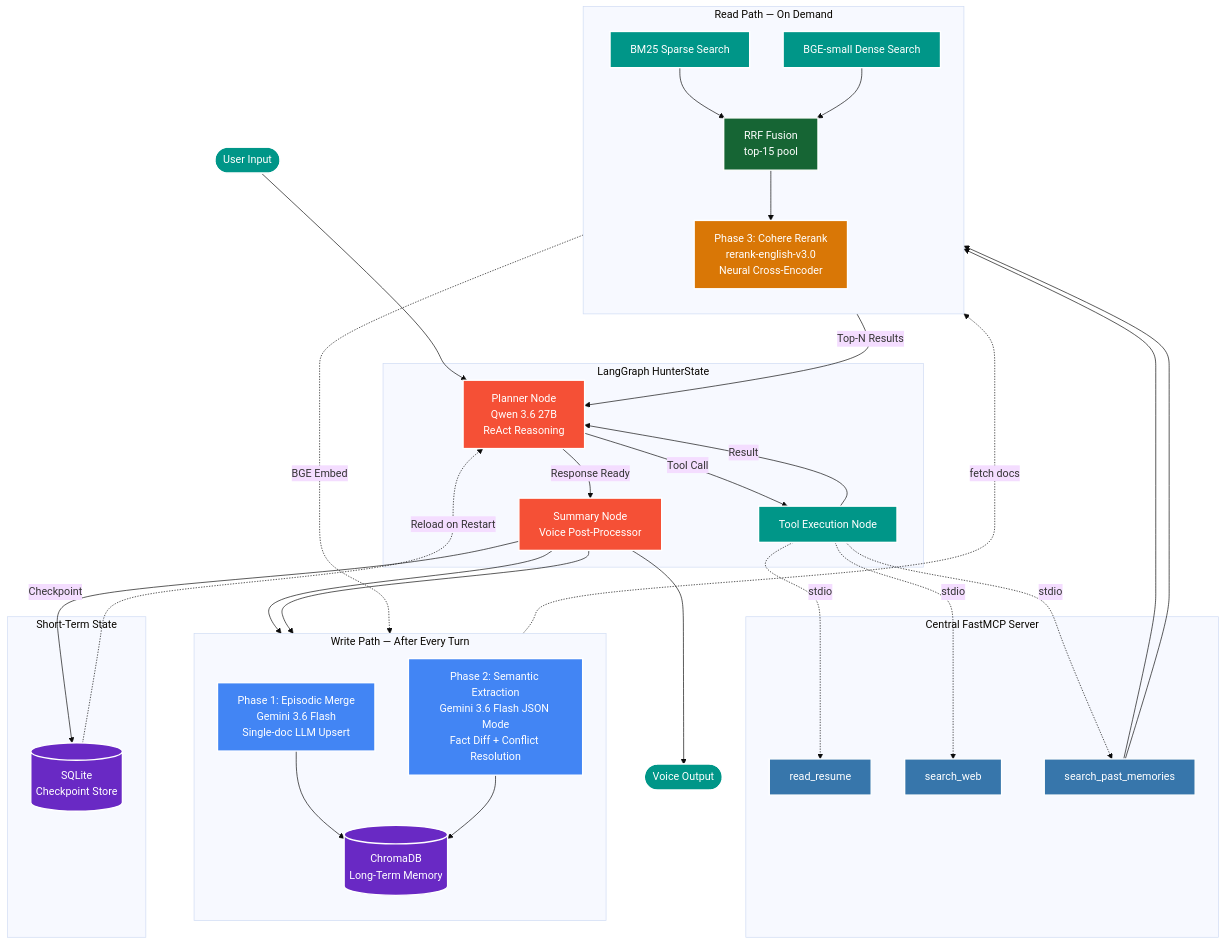
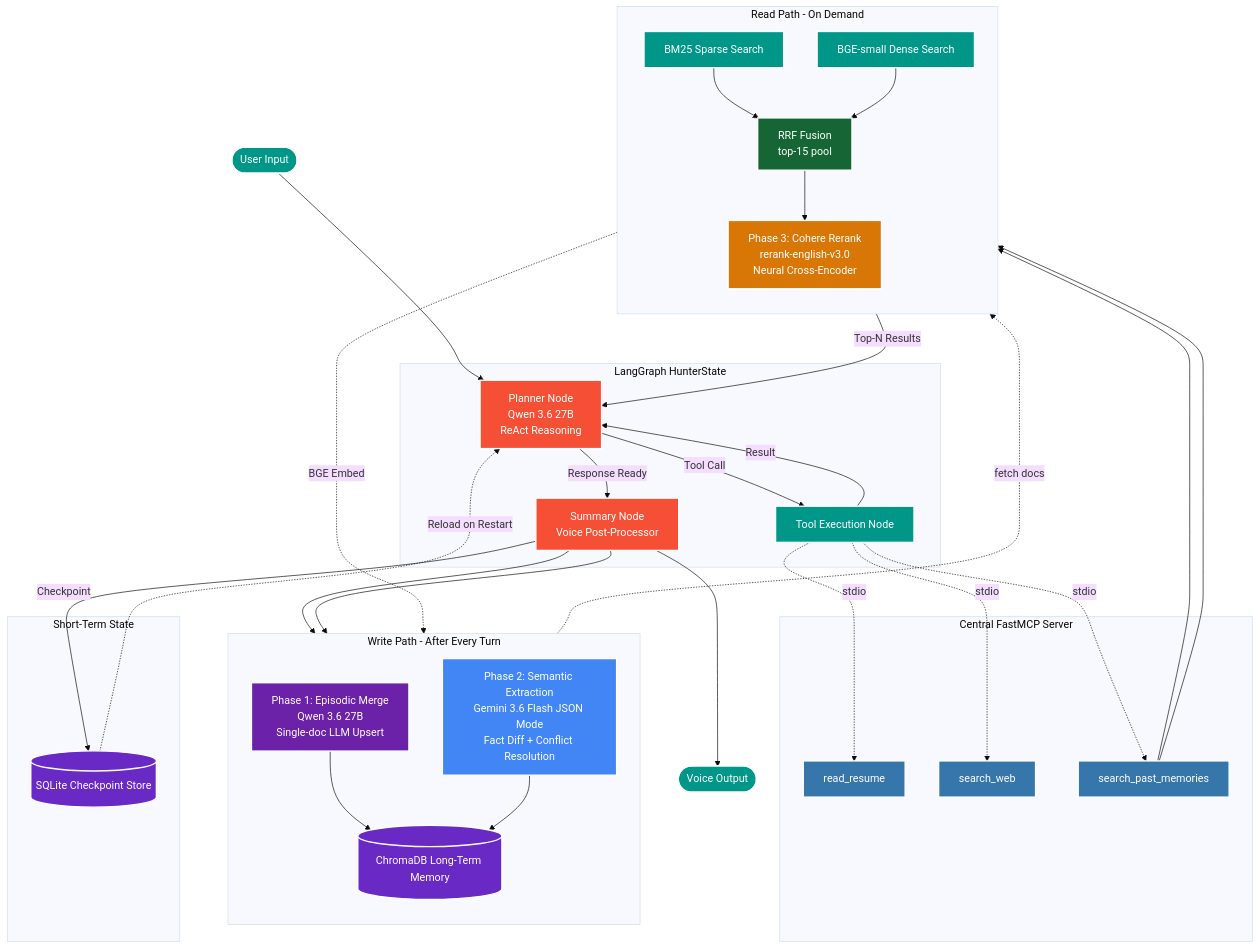
One commit to wade-wilson-00/HUNTERS---Multi-agentic-AI-Job-application-system changed the diagram in README.md. Above: the diagram before and after it, drawn with Mermaid (base theme). The commit also changed other lines of this file and 2 other files, not shown here.

Commit message:
Documentation Fixed

````diff
--- a/README.md
+++ b/README.md
@@ -104,72 +104,74 @@
 ```mermaid
 graph TD
-    User(["User Input"]) --> Planner
+    User([User Input]) --> Planner
 
-    subgraph HunterGraph ["LangGraph HunterState"]
-        Planner["Planner Node\nQwen 3.6 27B\nReAct Reasoning"] -- Tool Call --> ToolNode
-        ToolNode["Tool Execution Node"] -- Result --> Planner
+    subgraph HunterGraph [LangGraph HunterState]
+        Planner["Planner Node<br/>Qwen 3.6 27B<br/>ReAct Reasoning"] -- Tool Call --> ToolNode
+        ToolNode[Tool Execution Node] -- Result --> Planner
         Planner -- Response Ready --> Summary
-        Summary["Summary Node\nVoice Post-Processor"]
+        Summary["Summary Node<br/>Voice Post-Processor"]
     end
 
-    subgraph MCPServer ["Central FastMCP Server"]
-        read_resume["read_resume"]
-        search_web["search_web"]
-        search_past_memories["search_past_memories"]
+    subgraph MCPServer [Central FastMCP Server]
+        read_resume[read_resume]
+        search_web[search_web]
+        search_past_memories[search_past_memories]
     end
 
-    subgraph MemoryWrite ["Write Path — After Every Turn"]
+    subgraph MemoryWrite [Write Path - After Every Turn]
         direction TB
-        EpisodicMerge["Phase 1: Episodic Merge\nGemini 3.6 Flash\nSingle-doc LLM Upsert"]
-        SemanticExtract["Phase 2: Semantic Extraction\nGemini 3.6 Flash JSON Mode\nFact Diff + Conflict Resolution"]
-        ChromaDB[("ChromaDB\nLong-Term Memory")]
+        EpisodicMerge["Phase 1: Episodic Merge<br/>Qwen 3.6 27B<br/>Single-doc LLM Upsert"]
+        SemanticExtract["Phase 2: Semantic Extraction<br/>Gemini 3.6 Flash JSON Mode<br/>Fact Diff + Conflict Resolution"]
+        ChromaDB[(ChromaDB Long-Term Memory)]
         EpisodicMerge --> ChromaDB
         SemanticExtract --> ChromaDB
     end
 
-    subgraph MemoryRead ["Read Path — On Demand"]
+    subgraph MemoryRead [Read Path - On Demand]
         direction TB
-        BM25["BM25 Sparse Search"]
-        Dense["BGE-small Dense Search"]
-        RRF["RRF Fusion\ntop-15 pool"]
-        Cohere["Phase 3: Cohere Rerank\nrerank-english-v3.0\nNeural Cross-Encoder"]
+        BM25[BM25 Sparse Search]
+        Dense[BGE-small Dense Search]
+        RRF["RRF Fusion<br/>top-15 pool"]
+        CohereNode["Phase 3: Cohere Rerank<br/>rerank-english-v3.0<br/>Neural Cross-Encoder"]
         BM25 --> RRF
         Dense --> RRF
-        RRF --> Cohere
+        RRF --> CohereNode
     end
 
-    subgraph ShortTerm ["Short-Term State"]
-        SQLite[("SQLite\nCheckpoint Store")]
+    subgraph ShortTerm [Short-Term State]
+        SQLite[(SQLite Checkpoint Store)]
     end
 
     ToolNode -. stdio .-> read_resume
     ToolNode -. stdio .-> search_web
     ToolNode -. stdio .-> search_past_memories
 
     Summary --> EpisodicMerge
     Summary --> SemanticExtract
     Summary -- Checkpoint --> SQLite
     search_past_memories --> BM25
     search_past_memories --> Dense
     Dense -. BGE Embed .-> ChromaDB
     ChromaDB -. fetch docs .-> BM25
-    Cohere -- Top-N Results --> Planner
+    CohereNode -- Top-N Results --> Planner
     SQLite -. Reload on Restart .-> Planner
-    Summary --> Out(["Voice Output"])
+    Summary --> Out([Voice Output])
 
     classDef llm fill:#f55036,stroke:#fff,stroke-width:2px,color:#fff
     classDef node fill:#009688,stroke:#fff,stroke-width:2px,color:#fff
     classDef mcp fill:#3776AB,stroke:#fff,stroke-width:2px,color:#fff
     classDef mem fill:#6929C4,stroke:#fff,stroke-width:2px,color:#fff
+    classDef qwen fill:#6B21A8,stroke:#fff,stroke-width:2px,color:#fff
     classDef gemini fill:#4285F4,stroke:#fff,stroke-width:2px,color:#fff
     classDef cohere fill:#D97706,stroke:#fff,stroke-width:2px,color:#fff
     classDef fusion fill:#166534,stroke:#fff,stroke-width:2px,color:#fff
 
     class Planner,Summary llm
     class ToolNode node
     class read_resume,search_web,search_past_memories mcp
     class ChromaDB,SQLite mem
-    class EpisodicMerge,SemanticExtract gemini
-    class Cohere cohere
+    class EpisodicMerge qwen
+    class SemanticExtract gemini
+    class CohereNode cohere
     class RRF fusion
 ```
````
